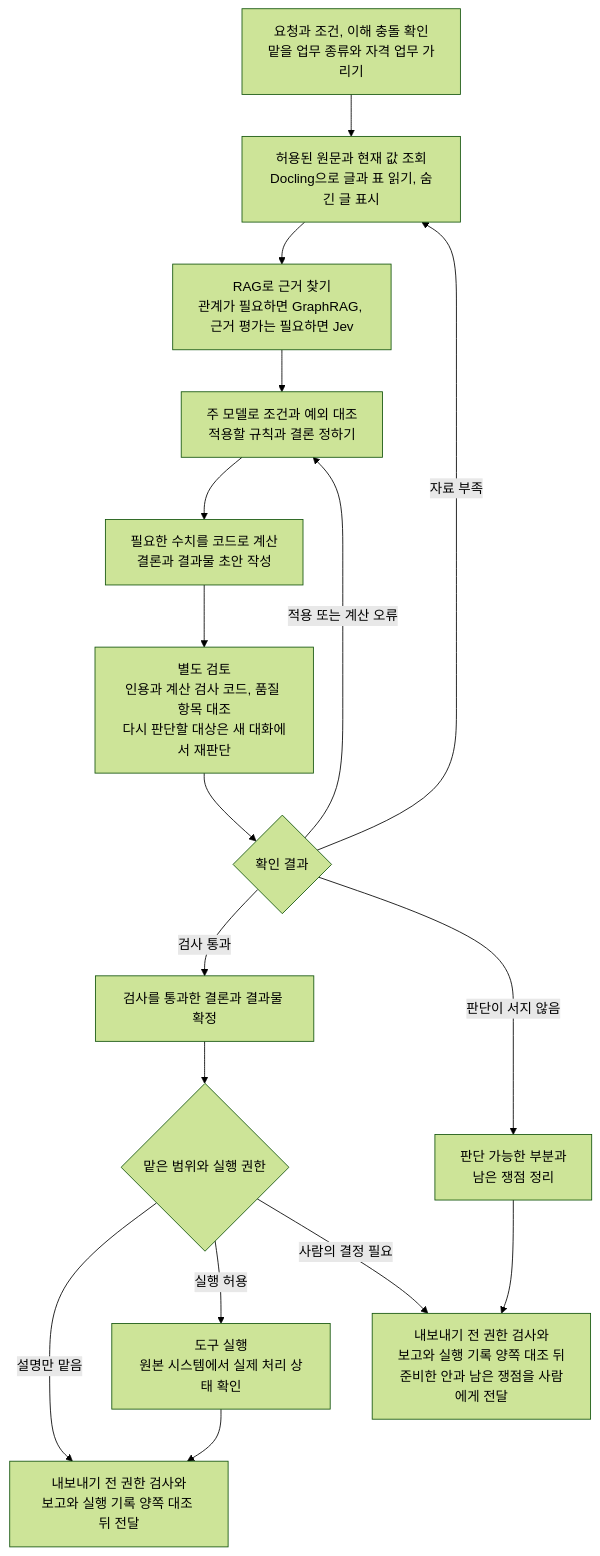
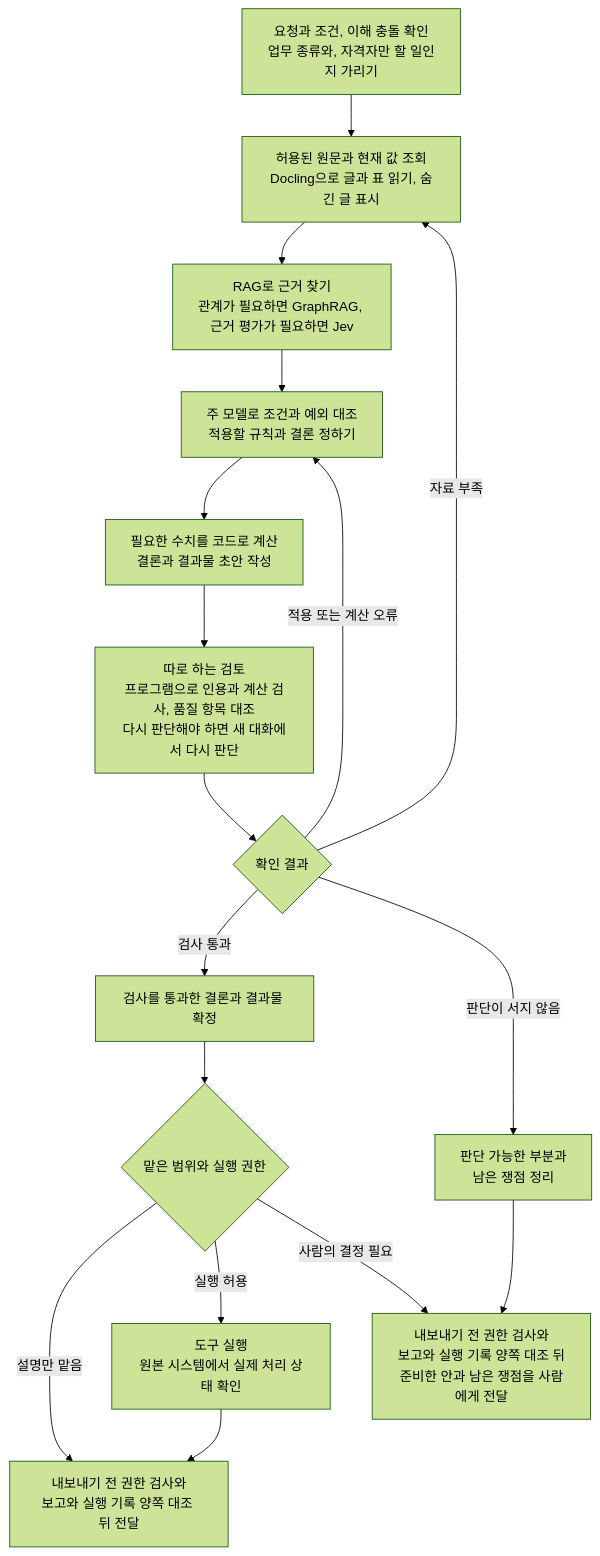
The diagram in 전문 판단의 신뢰성.md (harisbaguette/expert), drawn with Mermaid (forest theme) before and after one commit. The commit also changed other lines of this file, not shown here.

````diff
--- a/전문 판단의 신뢰성.md
+++ b/전문 판단의 신뢰성.md
@@ -720,19 +741,19 @@
 ```mermaid
 flowchart TB
-    A[요청과 조건, 이해 충돌 확인<br/>맡을 업무 종류와 자격 업무 가리기] --> B[허용된 원문과 현재 값 조회<br/>Docling으로 글과 표 읽기, 숨긴 글 표시]
-    B --> C[RAG로 근거 찾기<br/>관계가 필요하면 GraphRAG, 근거 평가는 필요하면 Jev]
+    A[요청과 조건, 이해 충돌 확인<br/>업무 종류와, 자격자만 할 일인지 가리기] --> B[허용된 원문과 현재 값 조회<br/>Docling으로 글과 표 읽기, 숨긴 글 표시]
+    B --> C[RAG로 근거 찾기<br/>관계가 필요하면 GraphRAG, 근거 평가가 필요하면 Jev]
     C --> D[주 모델로 조건과 예외 대조<br/>적용할 규칙과 결론 정하기]
     D --> E[필요한 수치를 코드로 계산<br/>결론과 결과물 초안 작성]
-    E --> F[별도 검토<br/>인용과 계산 검사 코드, 품질 항목 대조<br/>다시 판단할 대상은 새 대화에서 재판단]
+    E --> F[따로 하는 검토<br/>프로그램으로 인용과 계산 검사, 품질 항목 대조<br/>다시 판단해야 하면 새 대화에서 다시 판단]
     F --> G{확인 결과}
     G -->|자료 부족| B
     G -->|적용 또는 계산 오류| D
     G -->|검사 통과| H[검사를 통과한 결론과 결과물 확정]
     G -->|판단이 서지 않음| I[판단 가능한 부분과<br/>남은 쟁점 정리]
     H --> J{맡은 범위와 실행 권한}
     J -->|설명만 맡음| L[내보내기 전 권한 검사와<br/>보고와 실행 기록 양쪽 대조 뒤 전달]
     J -->|실행 허용| K[도구 실행<br/>원본 시스템에서 실제 처리 상태 확인]
     J -->|사람의 결정 필요| M[내보내기 전 권한 검사와<br/>보고와 실행 기록 양쪽 대조 뒤<br/>준비한 안과 남은 쟁점을 사람에게 전달]
     K --> L
     I --> M
 ```
````
